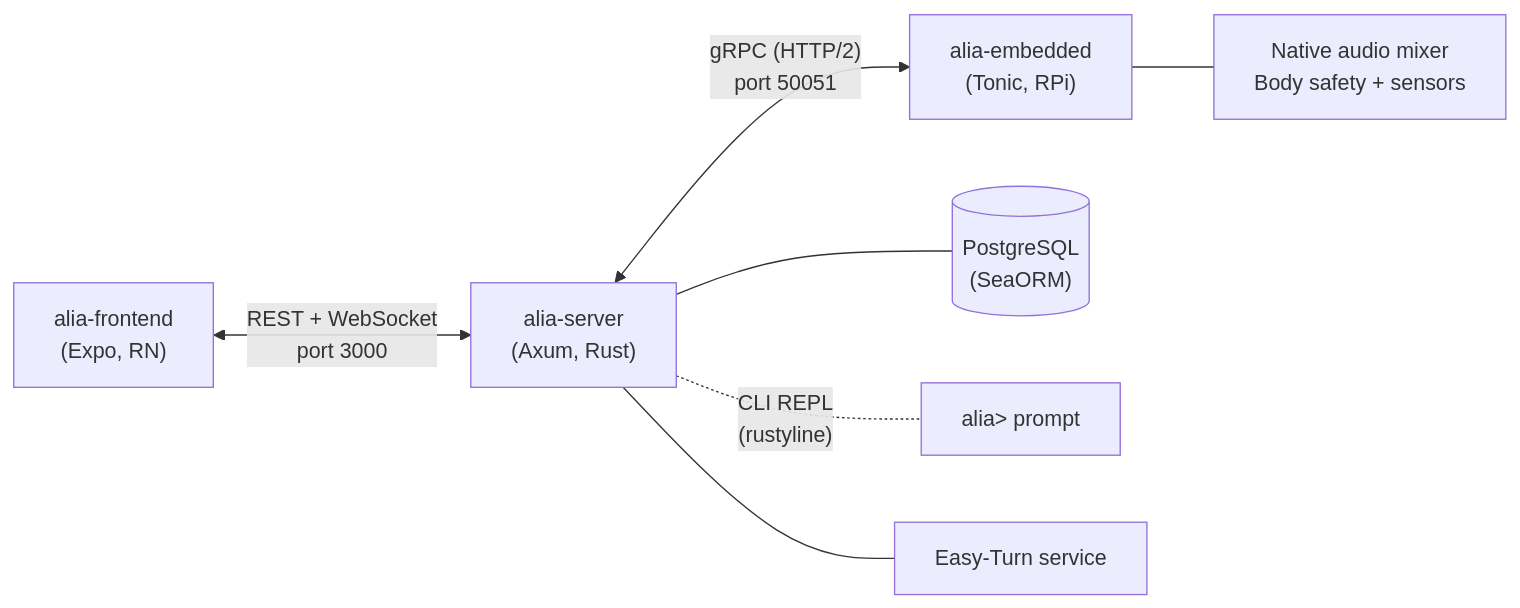
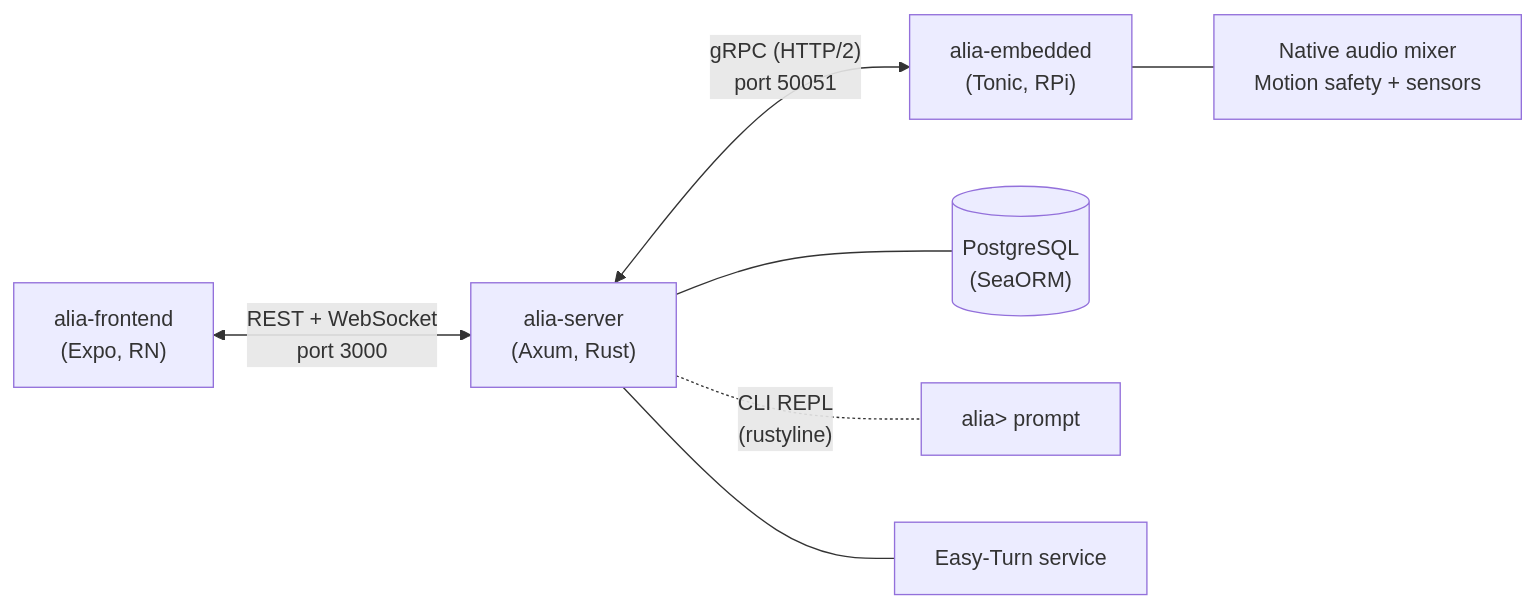
Before and after one commit to Ke-Qiao/project-alia: the diagram in README.md, drawn with Mermaid. The commit also changed other lines of this file and 369 other files, not shown here.

````diff
--- a/README.md
+++ b/README.md
@@ -5,9 +5,9 @@
 ```mermaid
 graph LR
     Frontend["alia-frontend<br/>(Expo, RN)"] <-->|"REST + WebSocket<br/>port 3000"| Server["alia-server<br/>(Axum, Rust)"]
     Server <-->|"gRPC (HTTP/2)<br/>port 50051"| Embedded["alia-embedded<br/>(Tonic, RPi)"]
     Server --- DB[("PostgreSQL<br/>(SeaORM)")]
     Server -.-|"CLI REPL<br/>(rustyline)"| CLI["alia> prompt"]
-    Embedded --- IO["Native audio mixer<br/>Body safety + sensors"]
+    Embedded --- IO["Native audio mixer<br/>Motion safety + sensors"]
     Server --- Turn["Easy-Turn service"]
 ```
````
